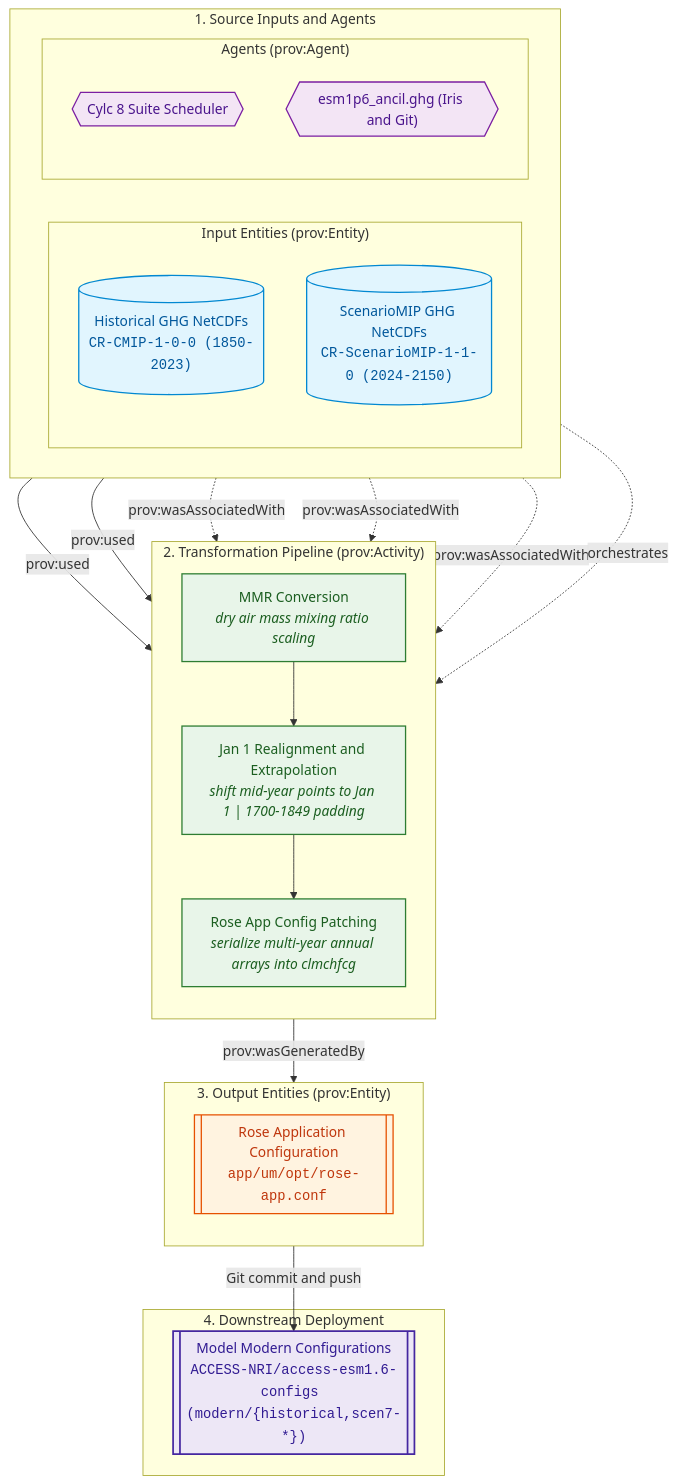
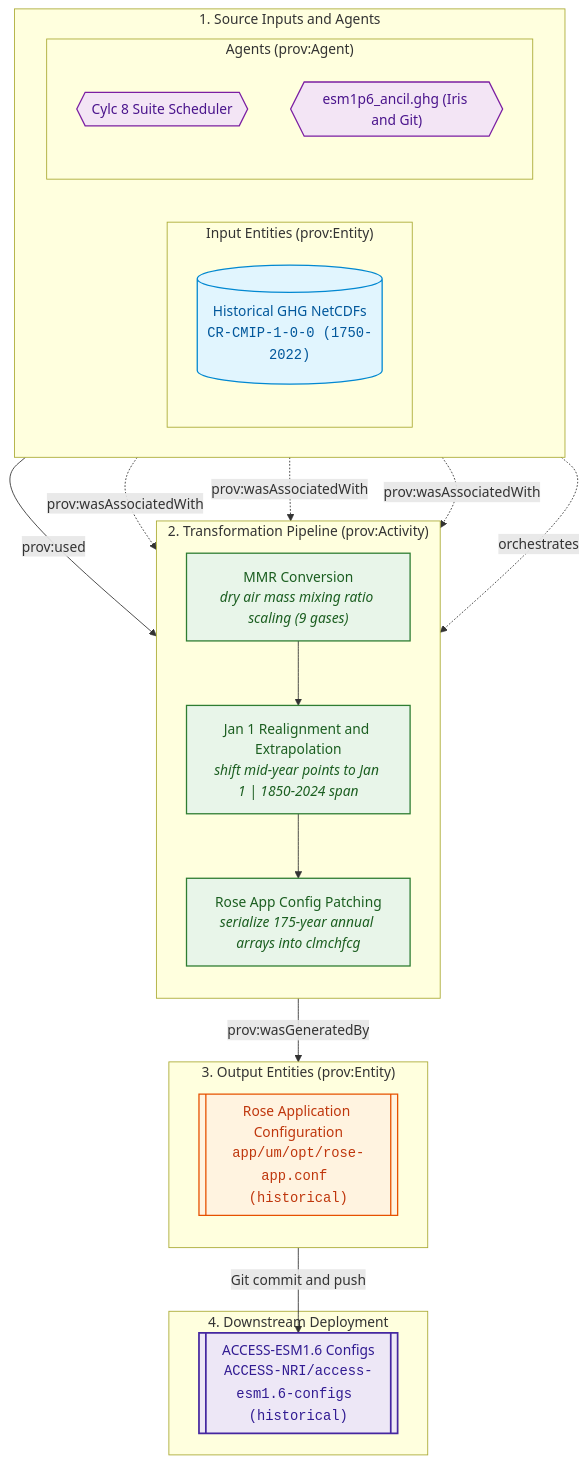
The second of 3 diagrams in documentation/docs/pages/forcings/ghg.md (ACCESS-NRI/CMIP7-Input), drawn with Mermaid before and after one commit. The commit also changed other lines of this file and 2 other files, not shown here.

Commit message:
Split aerosol workflows into Particulate and Sulfur Cycle stream diagrams

````diff
--- a/documentation/docs/pages/forcings/ghg.md
+++ b/documentation/docs/pages/forcings/ghg.md
@@ -173,56 +174,55 @@
 ```mermaid
 flowchart TD
     %% Custom Styles for W3C PROV Semantics
     classDef inputStyle fill:#e1f5fe,stroke:#0288d1,stroke-width:1.5px,color:#01579b
     classDef activityStyle fill:#e8f5e9,stroke:#2e7d32,stroke-width:1.5px,color:#1b5e20
     classDef outputStyle fill:#fff3e0,stroke:#e65100,stroke-width:1.5px,color:#bf360c
     classDef agentStyle fill:#f3e5f5,stroke:#7b1fa2,stroke-width:1.5px,color:#4a148c
     classDef targetStyle fill:#ede7f6,stroke:#4527a0,stroke-width:2px,color:#311b92
 
     %% Top Level: Inputs and Agents
     subgraph S_TOP["1. Source Inputs and Agents"]
         direction LR
         subgraph Inputs["Input Entities (prov:Entity)"]
             direction TB
-            E_HI_GHG[("Historical GHG NetCDFs<br><code>CR-CMIP-1-0-0 (1850-2023)</code>")]:::inputStyle
-            E_SM_GHG[("ScenarioMIP GHG NetCDFs<br><code>CR-ScenarioMIP-1-1-0 (2024-2150)</code>")]:::inputStyle
+            E_HI_GHG[("Historical GHG NetCDFs<br><code>CR-CMIP-1-0-0 (1750-2022)</code>")]:::inputStyle
         end
 
         subgraph Agents["Agents (prov:Agent)"]
             direction TB
             AgCylc{{"Cylc 8 Suite Scheduler"}}:::agentStyle
             AgPy{{"esm1p6_ancil.ghg (Iris and Git)"}}:::agentStyle
         end
     end
 
     %% Middle Level: Transformation Pipeline
     subgraph Activities["2. Transformation Pipeline (prov:Activity)"]
         direction TB
-        A_MMR["MMR Conversion<br><i>dry air mass mixing ratio scaling</i>"]:::activityStyle
-        A_Align["Jan 1 Realignment and Extrapolation<br><i>shift mid-year points to Jan 1 | 1700-1849 padding</i>"]:::activityStyle
-        A_Rose["Rose App Config Patching<br><i>serialize multi-year annual arrays into clmchfcg</i>"]:::activityStyle
+        A_MMR["MMR Conversion<br><i>dry air mass mixing ratio scaling (9 gases)</i>"]:::activityStyle
+        A_Align["Jan 1 Realignment and Extrapolation<br><i>shift mid-year points to Jan 1 | 1850-2024 span</i>"]:::activityStyle
+        A_Rose["Rose App Config Patching<br><i>serialize 175-year annual arrays into clmchfcg</i>"]:::activityStyle
         A_MMR --> A_Align --> A_Rose
     end
 
     %% Lower Level: Output Entities
     subgraph Outputs["3. Output Entities (prov:Entity)"]
         direction TB
-        E_Rose[["Rose Application Configuration<br><code>app/um/opt/rose-app.conf</code>"]]:::outputStyle
+        E_Rose[["Rose Application Configuration<br><code>app/um/opt/rose-app.conf (historical)</code>"]]:::outputStyle
     end
 
     %% Bottom Level: Model Target
     subgraph S_DEPLOY["4. Downstream Deployment"]
-        E_Model[["Model Modern Configurations<br><code>ACCESS-NRI/access-esm1.6-configs (modern/{historical,scen7-*})</code>"]]:::targetStyle
+        E_Model[["ACCESS-ESM1.6 Configs<br><code>ACCESS-NRI/access-esm1.6-configs (historical)</code>"]]:::targetStyle
     end
 
     %% Relationships
-    E_HI_GHG & E_SM_GHG -->|prov:used| A_MMR
+    E_HI_GHG -->|prov:used| A_MMR
     A_Rose -->|prov:wasGeneratedBy| E_Rose
     E_Rose -->|Git commit and push| E_Model
 
     %% Agent Associations
     AgPy -.->|prov:wasAssociatedWith| A_MMR
     AgPy -.->|prov:wasAssociatedWith| A_Align
     AgPy -.->|prov:wasAssociatedWith| A_Rose
     AgCylc -.->|orchestrates| Activities
 ```
````
